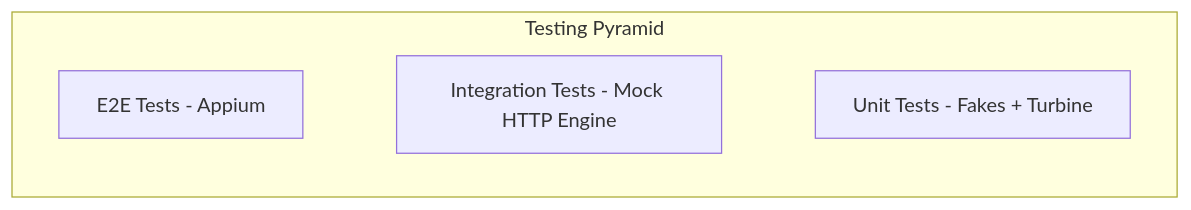
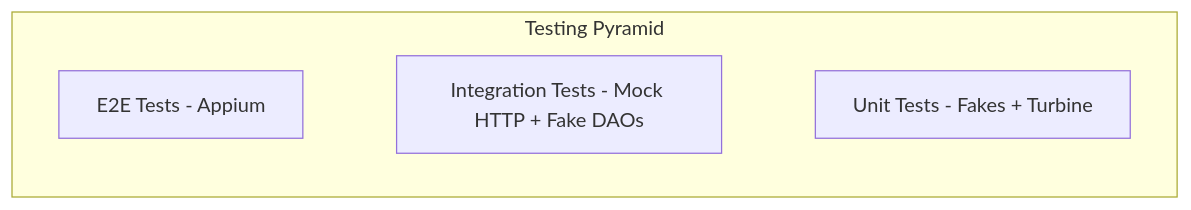
One commit to Ashanen/Castociasto changed diagram 13 of 13 in README.md. Above: the diagram before and after it, drawn with Mermaid. The commit also changed other lines of this file and 54 other files, not shown here.

First line of the commit message:
Add offline-first architecture with Room, event bus, and Compose testTag E2E support

````diff
--- a/README.md
+++ b/README.md
@@ -573,11 +743,11 @@
 ```mermaid
 graph TB
     subgraph "Testing Pyramid"
         E2E[E2E Tests - Appium]
-        INT[Integration Tests - Mock HTTP Engine]
+        INT[Integration Tests - Mock HTTP + Fake DAOs]
         UNIT[Unit Tests - Fakes + Turbine]
     end
 
     E2E ~~~ INT
     INT ~~~ UNIT
 ```
````
